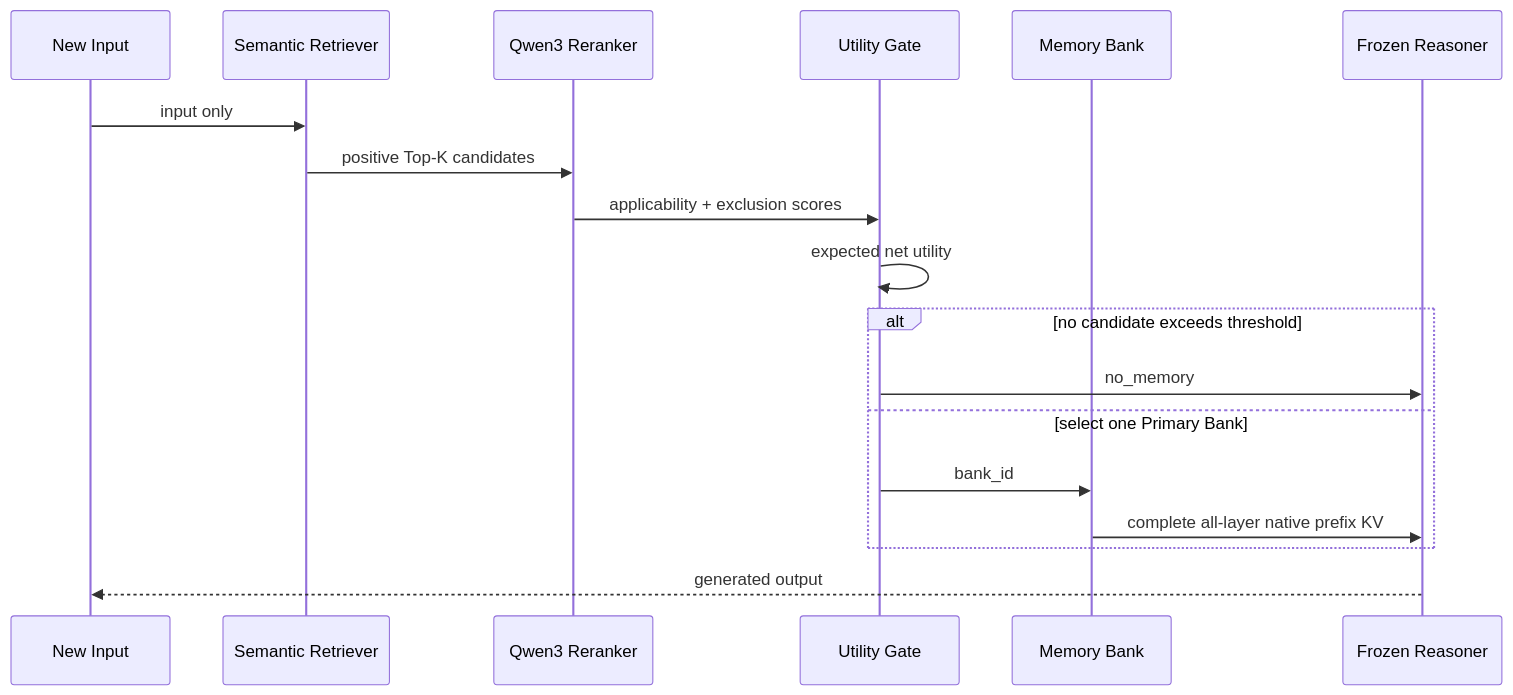
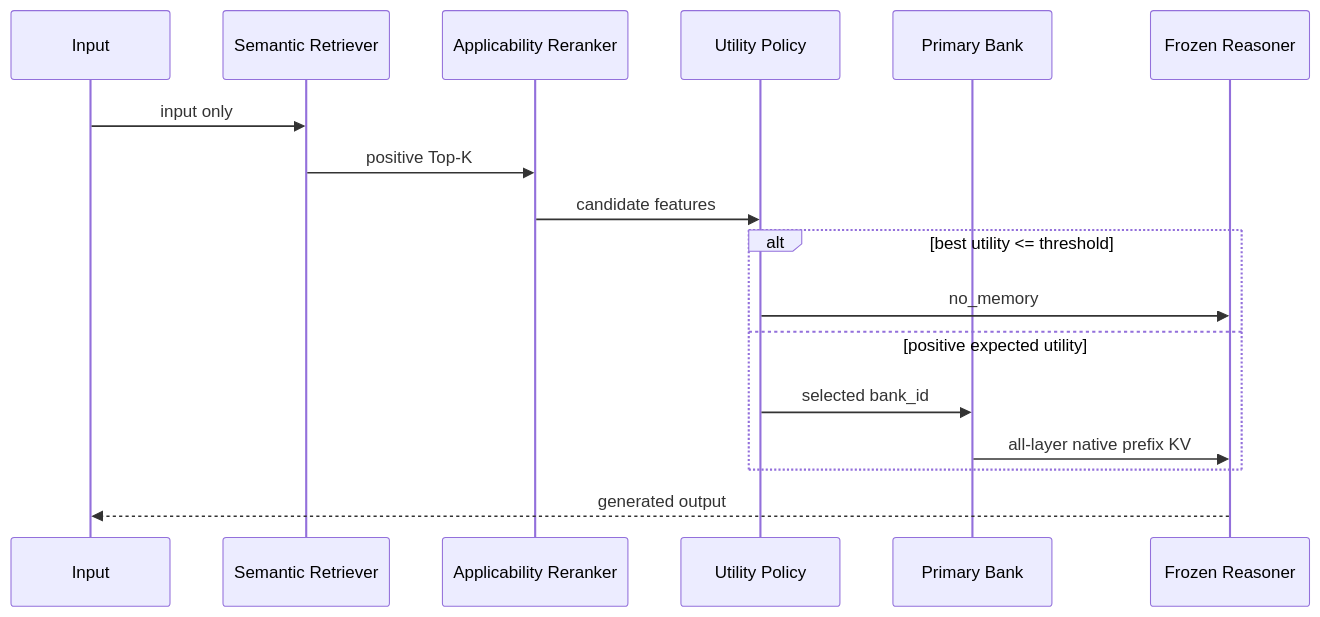
Before and after one commit to yjl-001/mymem: the second of 2 diagrams in memgen/工作总结.md, drawn with Mermaid. The commit also changed other lines of this file, not shown here.

````diff
--- a/memgen/工作总结.md
+++ b/memgen/工作总结.md
@@ -887,21 +304,20 @@
 ```mermaid
 sequenceDiagram
-    participant Q as New Input
-    participant R as Semantic Retriever
-    participant X as Qwen3 Reranker
-    participant U as Utility Gate
-    participant B as Memory Bank
-    participant M as Frozen Reasoner
+    participant X as Input
+    participant S as Semantic Retriever
+    participant R as Applicability Reranker
+    participant U as Utility Policy
+    participant B as Primary Bank
+    participant F as Frozen Reasoner
 
-    Q->>R: input only
-    R->>X: positive Top-K candidates
-    X->>U: applicability + exclusion scores
-    U->>U: expected net utility
-    alt no candidate exceeds threshold
-        U->>M: no_memory
-    else select one Primary Bank
-        U->>B: bank_id
-        B->>M: complete all-layer native prefix KV
+    X->>S: input only
+    S->>R: positive Top-K
+    R->>U: candidate features
+    alt best utility <= threshold
+        U->>F: no_memory
+    else positive expected utility
+        U->>B: selected bank_id
+        B->>F: all-layer native prefix KV
     end
-    M-->>Q: generated output
+    F-->>X: generated output
 ```
````
